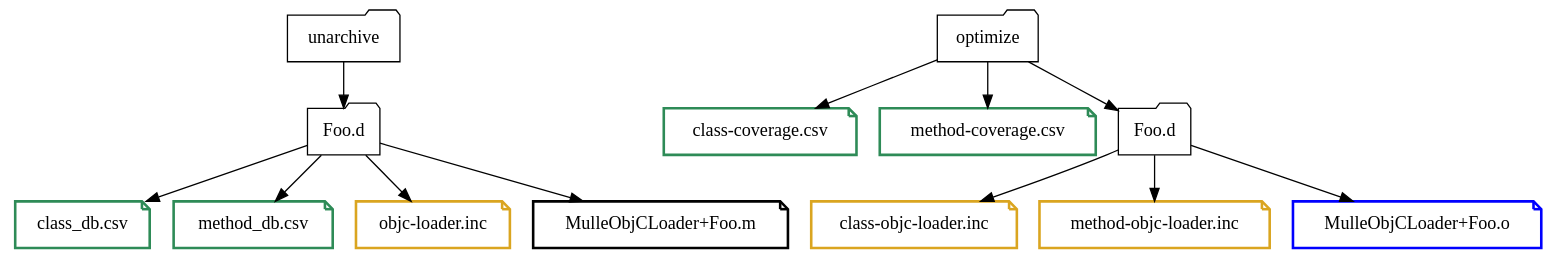
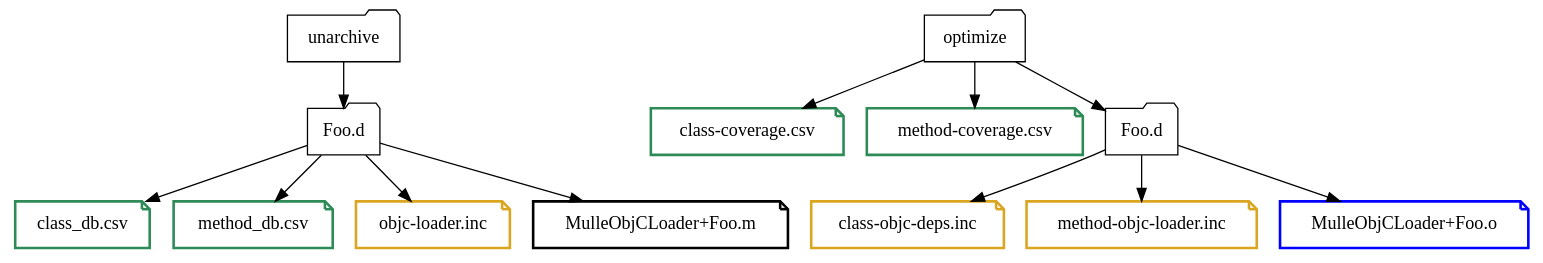
The diagram in dox/opti_5.dot (mulle-objc/mulle-objc-list), drawn with Graphviz before and after one commit. The commit also changed 232 other files, not shown here.

```diff
--- a/dox/opti_5.dot
+++ b/dox/opti_5.dot
@@ -1,39 +1,39 @@
 digraph optimizer {
 
    node [ shape="note"]
 
    "unarchive" -> "Foo.d"
    "Foo.d" -> "class_db.csv"
    "Foo.d" -> "method_db.csv"
    "Foo.d" -> "objc-loader.inc"
    "Foo.d" -> "MulleObjCLoader+Foo.m"
 
    "unarchive" [ shape="folder" ]
    "Foo.d" [ shape="folder" ]
 
    "class_db.csv"   [ penwidth=2, color="seagreen"]
    "method_db.csv"  [ penwidth=2, color="seagreen"]
 
    "objc-loader.inc" [ penwidth=2, color="goldenrod" ]
 
    "MulleObjCLoader+Foo.m" [ penwidth=2 ]
 
    "optimize" -> "class-coverage.csv"
    "optimize" -> "method-coverage.csv"
    "class-coverage.csv"  [ penwidth=2, color="seagreen"]
    "method-coverage.csv" [ penwidth=2, color="seagreen"]
 
    "optimize" [ shape="folder" ]
 
    "optimize" -> "Foo2.d"
 
    "Foo2.d" [ label="Foo.d", shape="folder" ]
-   "Foo2.d" -> "class-objc-loader.inc"
+   "Foo2.d" -> "class-objc-deps.inc"
    "Foo2.d" -> "method-objc-loader.inc"
    "Foo2.d" -> "MulleObjCLoader+Foo.o"
 
    "MulleObjCLoader+Foo.o" [ penwidth=2, color="blue" ]
 
-   "class-objc-loader.inc"    [ penwidth=2, color="goldenrod"]
+   "class-objc-deps.inc"    [ penwidth=2, color="goldenrod"]
    "method-objc-loader.inc"   [ penwidth=2, color="goldenrod" ]
 }
```
